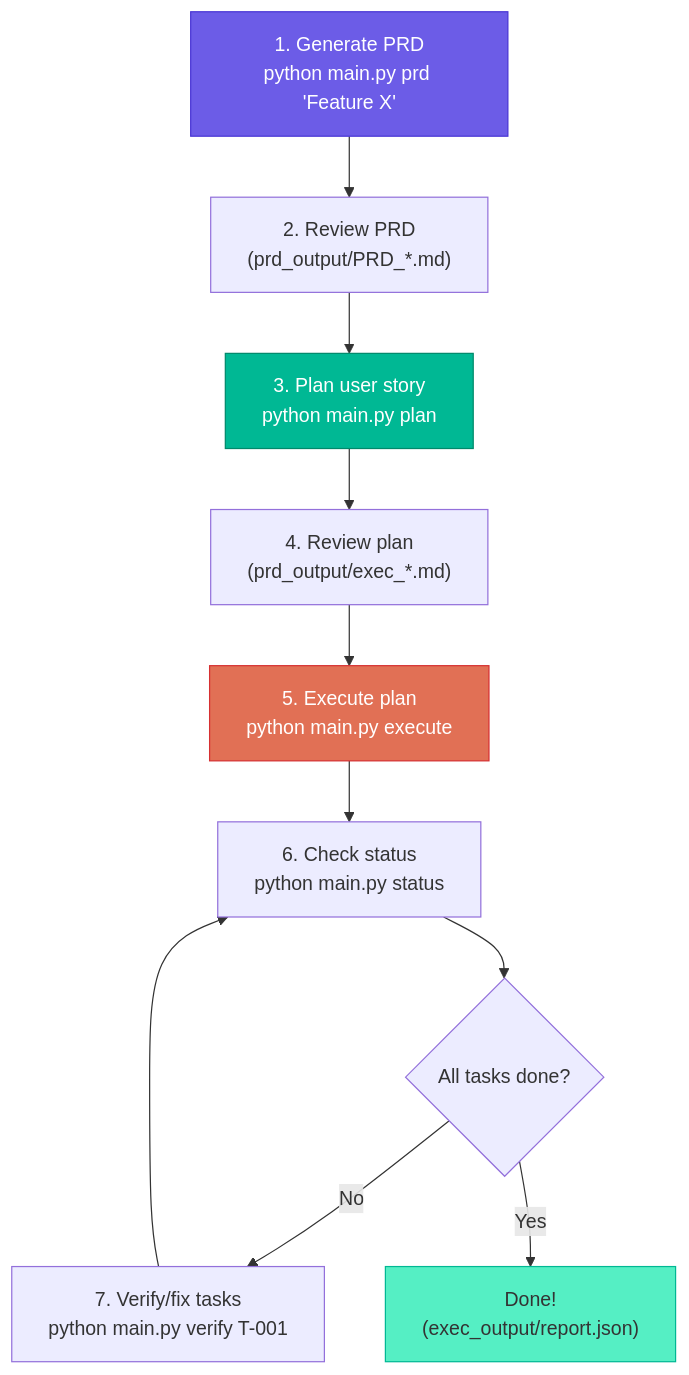
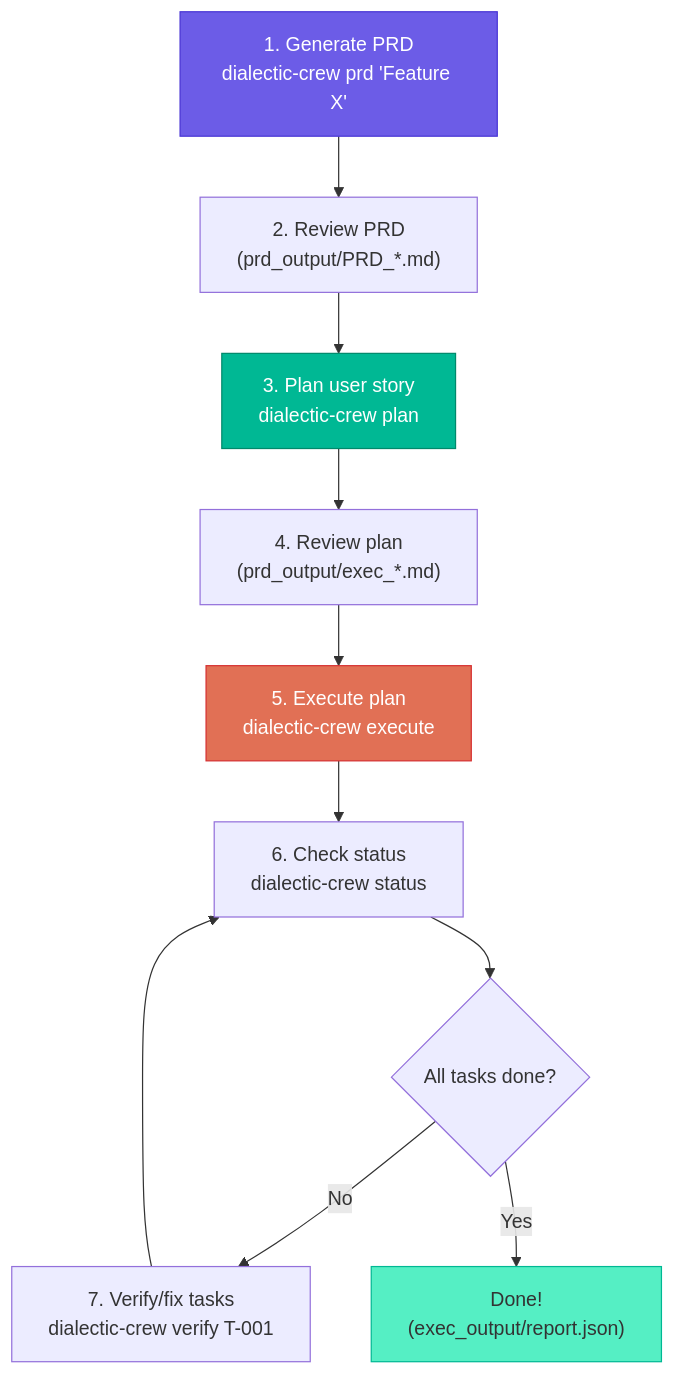
One commit to darthlinuxer/dialectic-crew-ai changed the second of 2 diagrams in docs/cli.md. Above: the diagram before and after it, drawn with Mermaid. The commit also changed other lines of this file and 3 other files, not shown here.

First line of the commit message:
docs: show uv run dialectic-crew as primary command alongside python main.py

````diff
--- a/docs/cli.md
+++ b/docs/cli.md
@@ -248,17 +257,17 @@
 ```mermaid
 flowchart TD
-    A["1. Generate PRD<br/>python main.py prd 'Feature X'"] --> B["2. Review PRD<br/>(prd_output/PRD_*.md)"]
-    B --> C["3. Plan user story<br/>python main.py plan"]
+    A["1. Generate PRD<br/>dialectic-crew prd 'Feature X'"] --> B["2. Review PRD<br/>(prd_output/PRD_*.md)"]
+    B --> C["3. Plan user story<br/>dialectic-crew plan"]
     C --> D["4. Review plan<br/>(prd_output/exec_*.md)"]
-    D --> E["5. Execute plan<br/>python main.py execute"]
-    E --> F["6. Check status<br/>python main.py status"]
+    D --> E["5. Execute plan<br/>dialectic-crew execute"]
+    E --> F["6. Check status<br/>dialectic-crew status"]
     F --> G{All tasks done?}
-    G -->|No| H["7. Verify/fix tasks<br/>python main.py verify T-001"]
+    G -->|No| H["7. Verify/fix tasks<br/>dialectic-crew verify T-001"]
     H --> F
     G -->|Yes| I["Done!<br/>(exec_output/report.json)"]
 
     style A fill:#6C5CE7,stroke:#4834D4,color:#fff
     style C fill:#00B894,stroke:#00896B,color:#fff
     style E fill:#E17055,stroke:#D63031,color:#fff
     style I fill:#55EFC4,stroke:#00B894,color:#333
 ```
````
